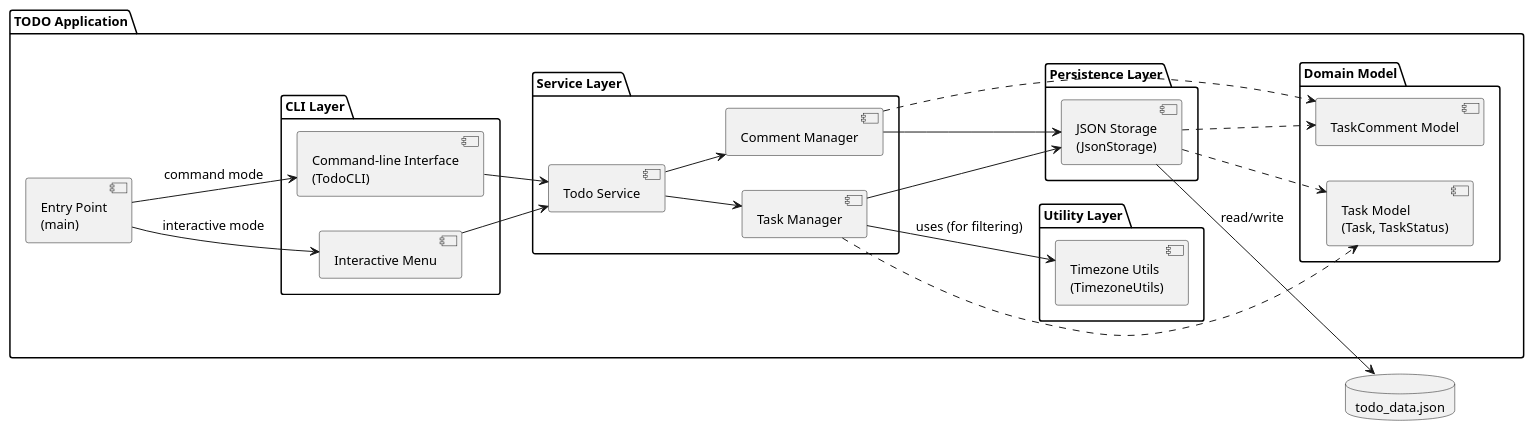
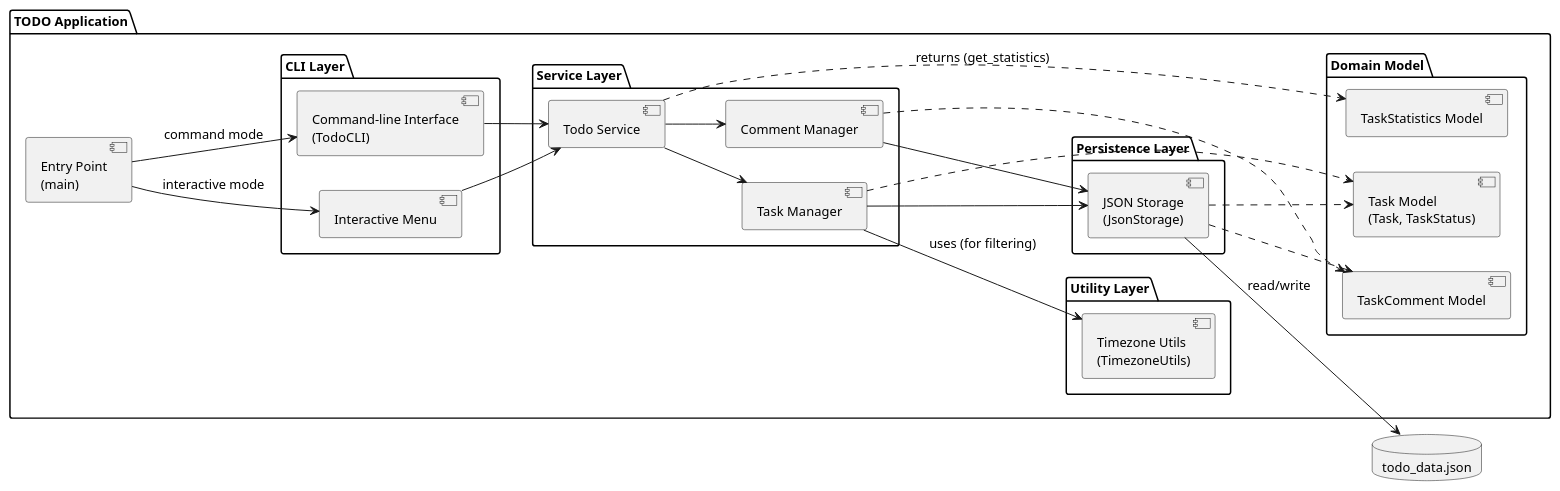
Before and after one commit to DanielRiha8906/Software_autoevolution_using_agents: the diagram in experiments/pipeline/structured_text/TODO/artifacts/component_diagram.puml, drawn with PlantUML. The commit also changed 12 other files, not shown here.

First line of the commit message:
task 06 | pipeline / structured_text / TODO | Add task statistics

```diff
--- a/experiments/pipeline/structured_text/TODO/artifacts/component_diagram.puml
+++ b/experiments/pipeline/structured_text/TODO/artifacts/component_diagram.puml
@@ -1,57 +1,59 @@
 @startuml component_diagram
 
 skinparam componentStyle uml2
 skinparam defaultFontSize 13
 
 left to right direction
 
 package "TODO Application" {
 
     component "Entry Point\n(main)" as Main
 
     package "CLI Layer" {
         component "Interactive Menu" as IM
         component "Command-line Interface\n(TodoCLI)" as CLI
     }
 
     package "Service Layer" {
         component "Todo Service" as SVC
         component "Task Manager" as MGR
         component "Comment Manager" as CMT
     }
 
     package "Domain Model" {
         component "Task Model\n(Task, TaskStatus)" as Model
         component "TaskComment Model" as CMTModel
+        component "TaskStatistics Model" as StatsModel
     }
 
     package "Persistence Layer" {
         component "JSON Storage\n(JsonStorage)" as Storage
     }
 
     package "Utility Layer" {
         component "Timezone Utils\n(TimezoneUtils)" as TZ
     }
 }
 
 database "todo_data.json" as DB
 
 Main --> IM : interactive mode
 Main --> CLI : command mode
 
 IM --> SVC
 CLI --> SVC
 
 SVC --> MGR
 SVC --> CMT
 MGR --> Storage
 CMT --> Storage
 MGR --> TZ : uses (for filtering)
 MGR ..> Model
 CMT ..> CMTModel
+SVC ..> StatsModel : returns (get_statistics)
 Storage ..> Model
 Storage ..> CMTModel
 
 Storage --> DB : read/write
 
 @enduml
```
